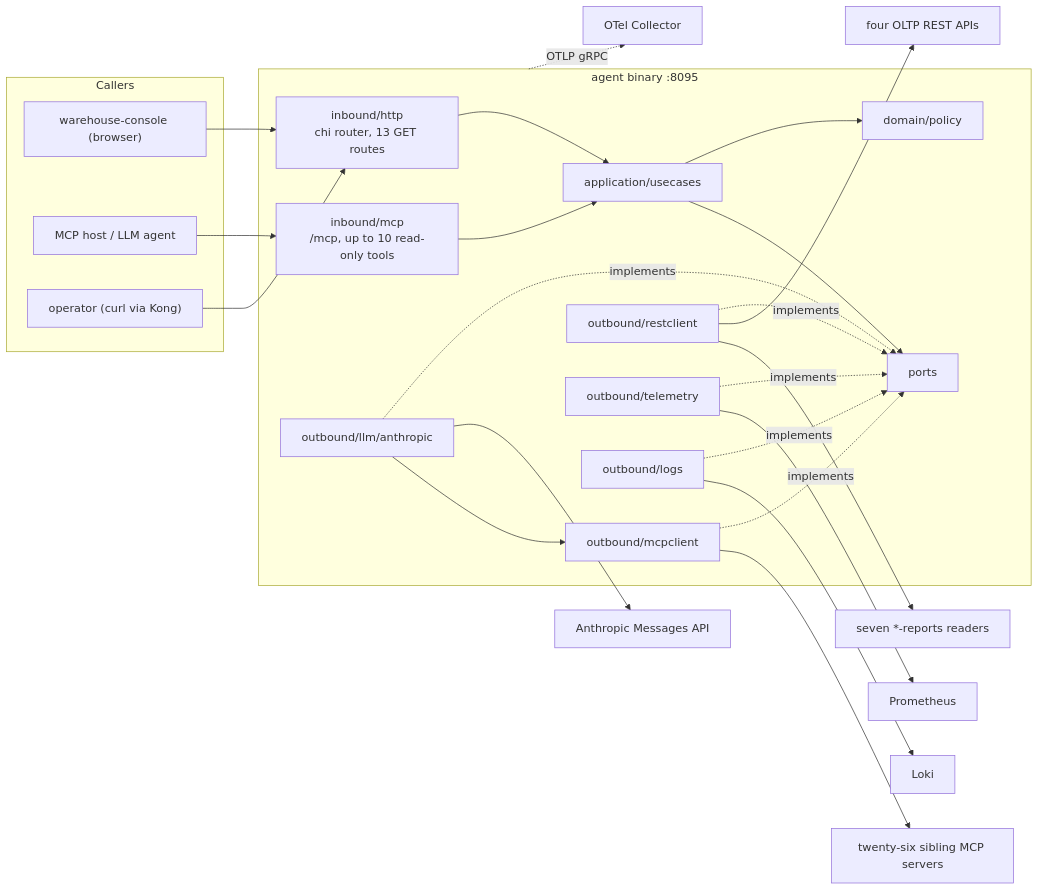
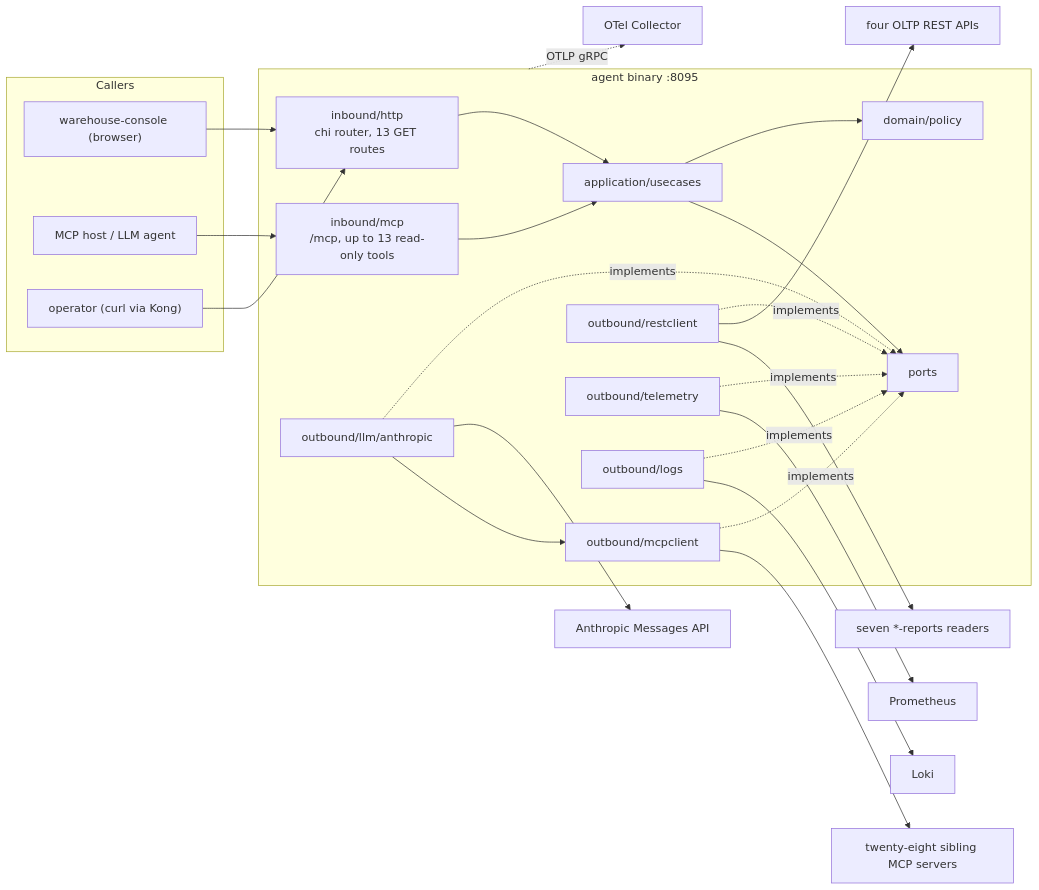
The first of 2 diagrams in docs/docs/overview/architecture.md (IQVO/warehouse-ops-agent), drawn with Mermaid before and after one commit. The commit also changed other lines of this file and 10 other files, not shown here.

First line of the commit message:
docs: verified 404 on release approvals, 13 MCP tools, k3s deployment facts

````diff
--- a/docs/docs/overview/architecture.md
+++ b/docs/docs/overview/architecture.md
@@ -49,50 +49,50 @@
 ```mermaid
 flowchart LR
   subgraph callers["Callers"]
     CONSOLE["warehouse-console (browser)"]
     HOST["MCP host / LLM agent"]
     OPS["operator (curl via Kong)"]
   end
 
   subgraph agent["agent binary :8095"]
     HTTP["inbound/http<br/>chi router, 13 GET routes"]
-    MCPS["inbound/mcp<br/>/mcp, up to 10 read-only tools"]
+    MCPS["inbound/mcp<br/>/mcp, up to 13 read-only tools"]
     UC["application/usecases"]
     POL["domain/policy"]
     PORTS["ports"]
     MCPC["outbound/mcpclient"]
     REST["outbound/restclient"]
     TEL["outbound/telemetry"]
     LOGS["outbound/logs"]
     LLM["outbound/llm/anthropic"]
   end
 
-  CTX["twenty-six sibling MCP servers"]
+  CTX["twenty-eight sibling MCP servers"]
   OLTP["four OLTP REST APIs"]
   REP["seven *-reports readers"]
   PROM["Prometheus"]
   LOKI["Loki"]
   ANT["Anthropic Messages API"]
   OTEL["OTel Collector"]
 
   CONSOLE --> HTTP
   OPS --> HTTP
   HOST --> MCPS
   HTTP --> UC
   MCPS --> UC
   UC --> POL
   UC --> PORTS
   MCPC -.implements.-> PORTS
   REST -.implements.-> PORTS
   TEL -.implements.-> PORTS
   LOGS -.implements.-> PORTS
   LLM -.implements.-> PORTS
   MCPC --> CTX
   REST --> OLTP
   REST --> REP
   TEL --> PROM
   LOGS --> LOKI
   LLM --> ANT
   LLM --> MCPC
   agent -. OTLP gRPC .-> OTEL
 ```
````
